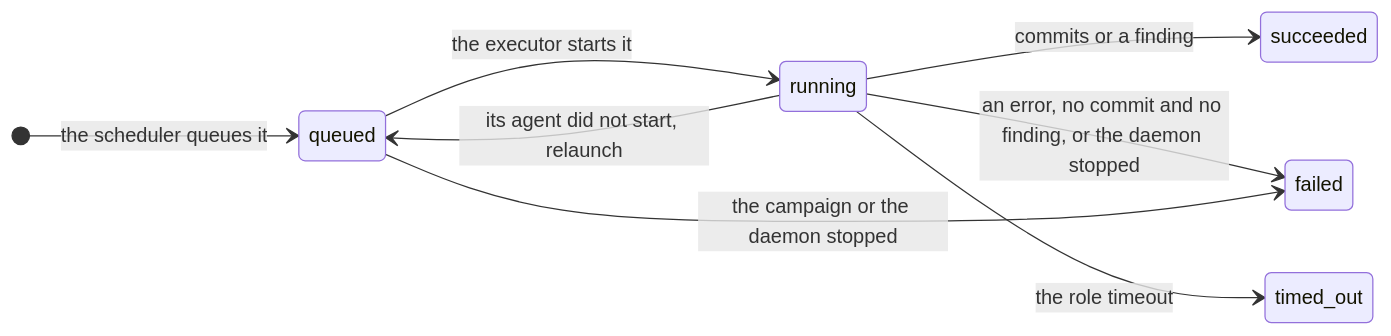
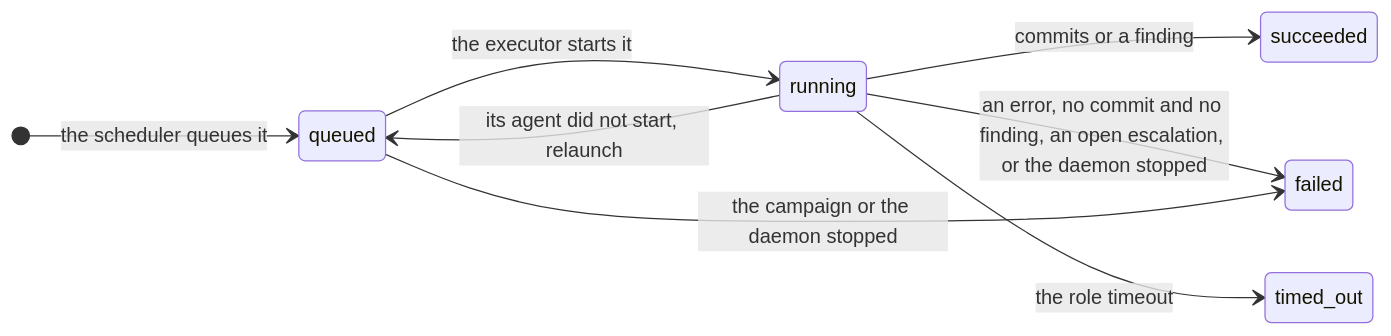
The second of 4 diagrams in docs/architecture/state-machines.mdx (VatsaDev/piloop), drawn with Mermaid before and after one commit. The commit also changed other lines of this file and 23 other files, not shown here.

````diff
--- a/docs/architecture/state-machines.mdx
+++ b/docs/architecture/state-machines.mdx
@@ -41,11 +41,11 @@
 ```mermaid
 stateDiagram-v2
     direction LR
     [*] --> queued: the scheduler queues it
     queued --> running: the executor starts it
     running --> queued: its agent did not start, relaunch
     running --> succeeded: commits or a finding
-    running --> failed: an error, no commit and no finding, or the daemon stopped
+    running --> failed: an error, no commit and no finding, an open escalation, or the daemon stopped
     running --> timed_out: the role timeout
     queued --> failed: the campaign or the daemon stopped
 ```
````
